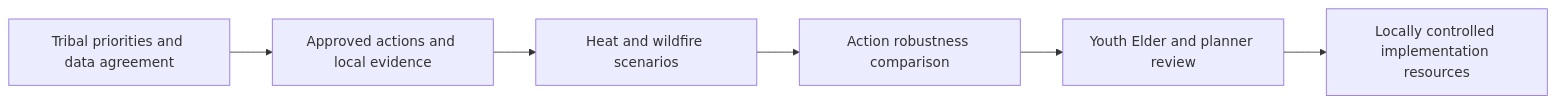
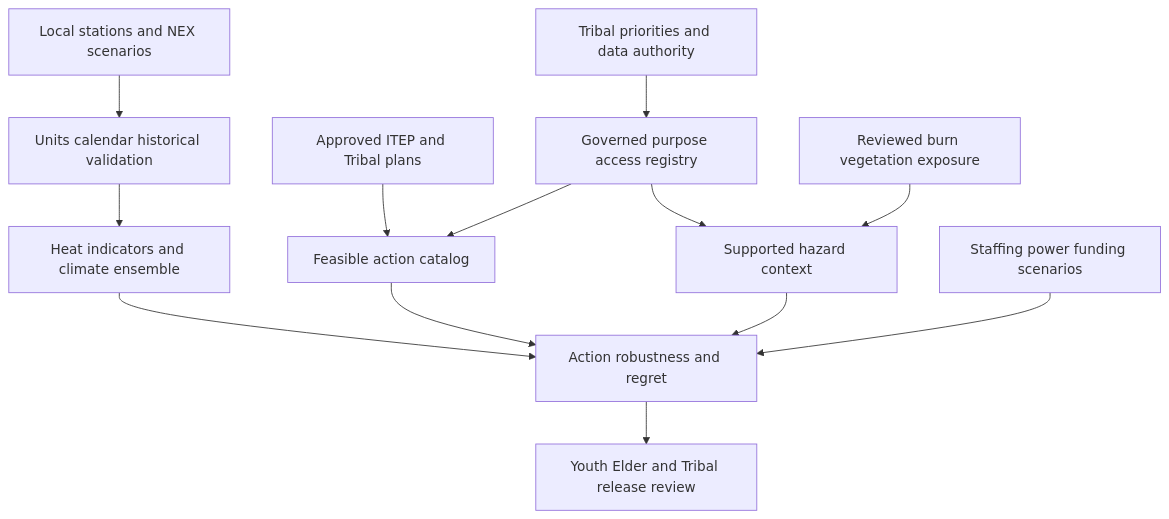
One commit to Personfu/engineering changed the diagram in visuals/projects/H05.mmd. Above: the diagram before and after it, drawn with Mermaid. The commit also changed 816 other files, not shown here.

```diff
--- a/visuals/projects/H05.mmd
+++ b/visuals/projects/H05.mmd
@@ -1,6 +1,13 @@
-flowchart LR
- A[Tribal priorities and data agreement] --> B[Approved actions and local evidence]
- B --> C[Heat and wildfire scenarios]
- C --> D[Action robustness comparison]
- D --> E[Youth Elder and planner review]
- E --> F[Locally controlled implementation resources]
+flowchart TB
+ A[Tribal priorities and data authority] --> B[Governed purpose access registry]
+ C[Approved ITEP and Tribal plans] --> D[Feasible action catalog]
+ B --> D
+ E[Local stations and NEX scenarios] --> F[Units calendar historical validation]
+ F --> G[Heat indicators and climate ensemble]
+ H[Reviewed burn vegetation exposure] --> I[Supported hazard context]
+ B --> I
+ J[Staffing power funding scenarios] --> K[Action robustness and regret]
+ D --> K
+ G --> K
+ I --> K
+ K --> L[Youth Elder and Tribal release review]
```
